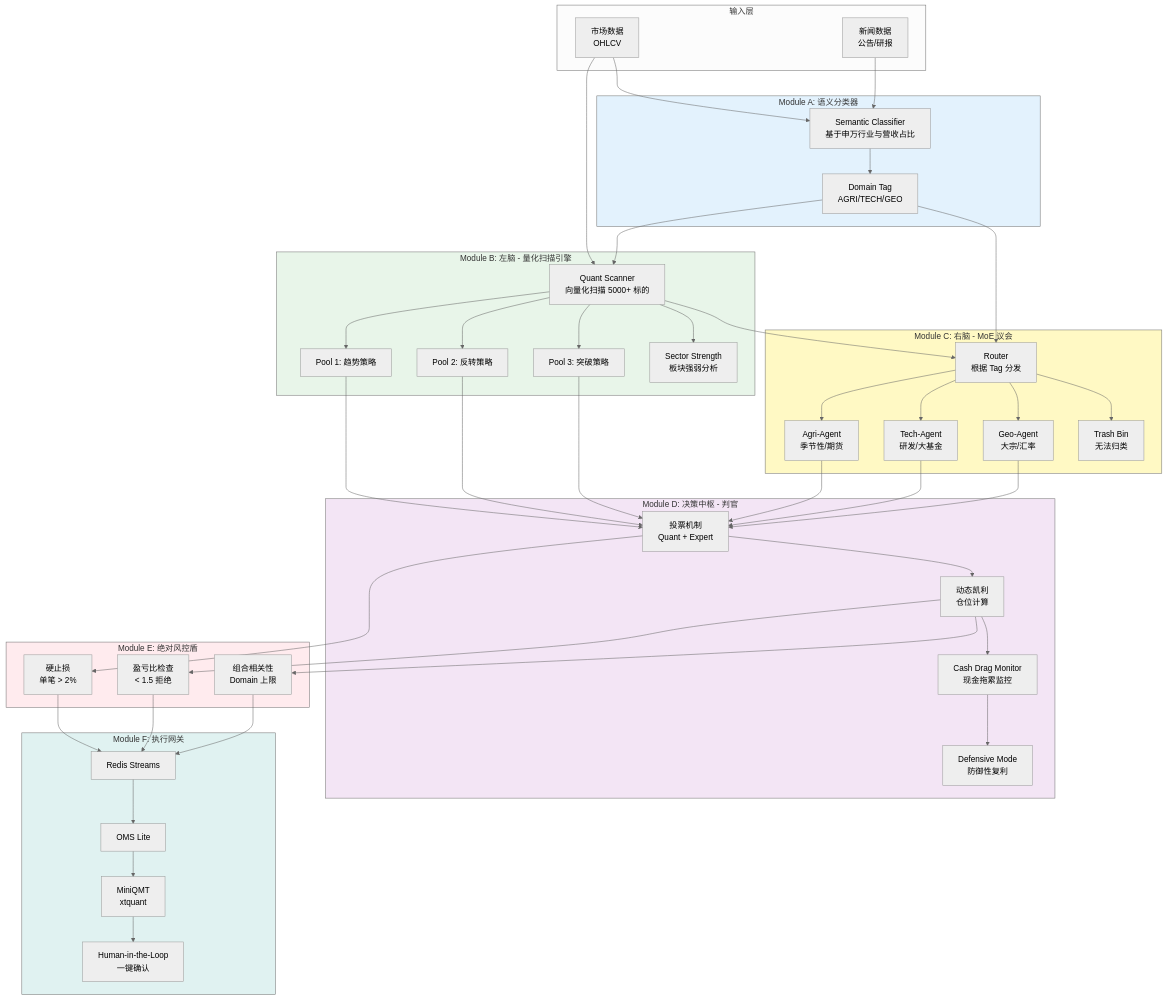
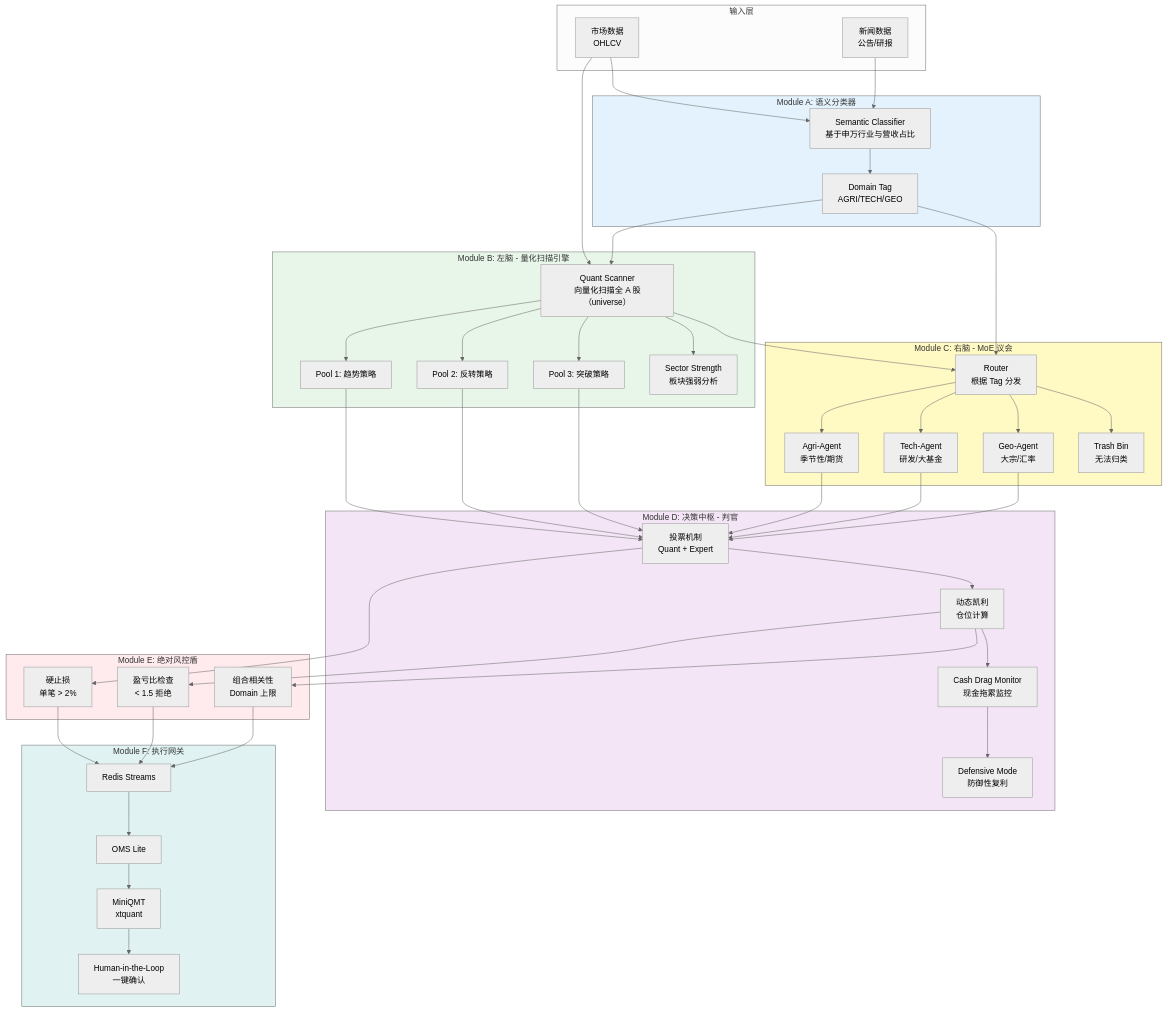
Before and after one commit to myxxhui/diting-doc: the first of 3 diagrams in 03_原子目标与规约/_共享规约/09_核心模块架构规约.md, drawn with Mermaid (neutral theme). The commit also changed other lines of this file and 29 other files, not shown here.

```diff
--- a/03_原子目标与规约/_共享规约/09_核心模块架构规约.md
+++ b/03_原子目标与规约/_共享规约/09_核心模块架构规约.md
@@ -26,7 +26,7 @@
     end
     
     subgraph ModuleB[Module B: 左脑 - 量化扫描引擎]
-        SCANNER[Quant Scanner<br/>向量化扫描 5000+ 标的]
+        SCANNER[Quant Scanner<br/>向量化扫描全 A 股（universe）]
         POOL1[Pool 1: 趋势策略]
         POOL2[Pool 2: 反转策略]
         POOL3[Pool 3: 突破策略]
```
